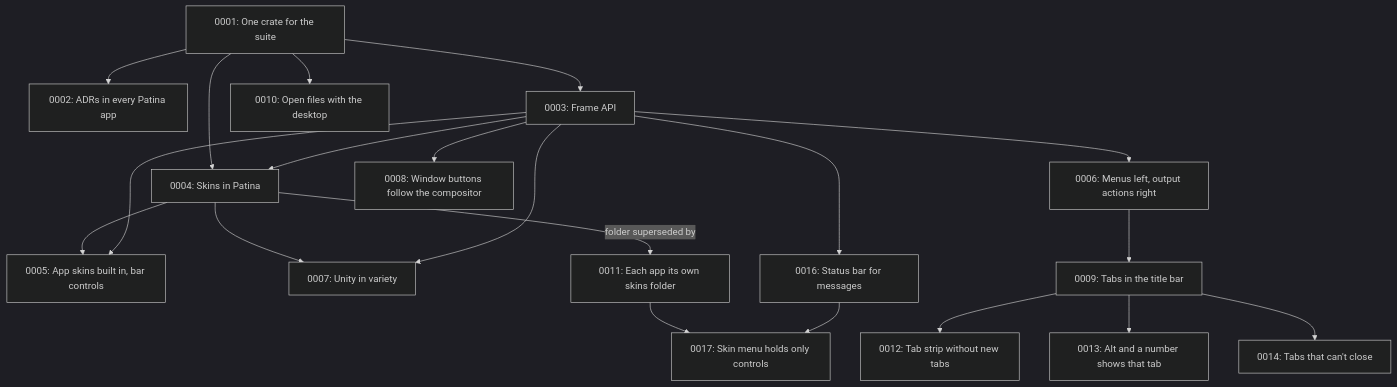
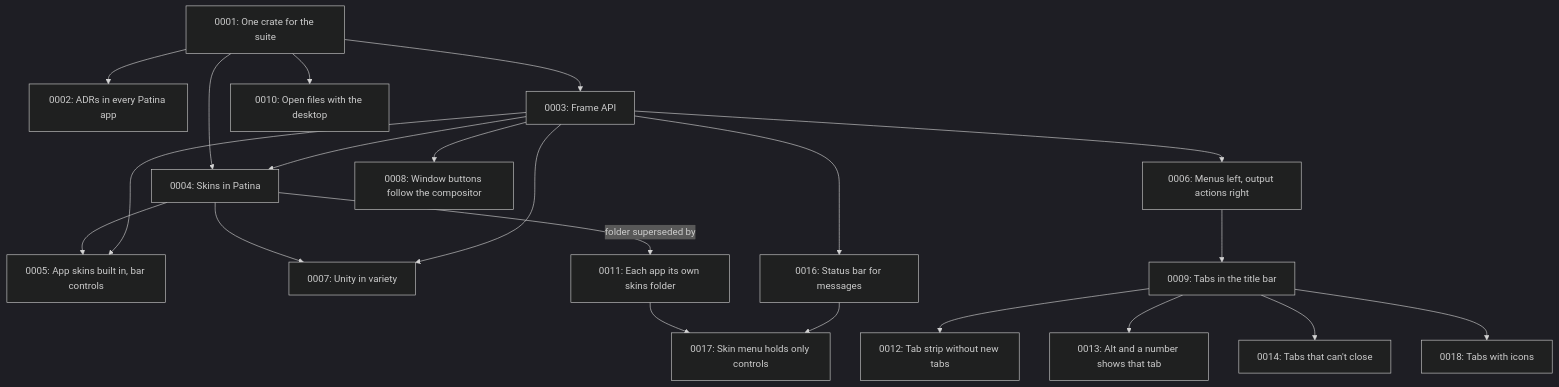
One commit to Sector-F-Labs/patina changed the diagram in docs/adr/README.md. Above: the diagram before and after it, drawn with Mermaid (dark theme). The commit also changed other lines of this file and 2 other files, not shown here.

Commit message:
TabStrip: app icons, with icons only, titles only or both (ADR-0018)

````diff
--- a/docs/adr/README.md
+++ b/docs/adr/README.md
@@ -65,22 +66,23 @@
 ```mermaid
 flowchart TD
     A[0001: One crate for the suite] --> B[0002: ADRs in every Patina app]
     A --> C[0003: Frame API]
     A --> D[0004: Skins in Patina]
     C --> D
     D --> E[0005: App skins built in, bar controls]
     C --> F[0006: Menus left, output actions right]
     C --> E
     D --> G[0007: Unity in variety]
     C --> G
     C --> H[0008: Window buttons follow the compositor]
     F --> I[0009: Tabs in the title bar]
     A --> J[0010: Open files with the desktop]
     D -->|folder superseded by| K[0011: Each app its own skins folder]
     I --> L[0012: Tab strip without new tabs]
     I --> M[0013: Alt and a number shows that tab]
     I --> N[0014: Tabs that can't close]
+    I --> Q[0018: Tabs with icons]
     C --> O[0016: Status bar for messages]
     K --> P[0017: Skin menu holds only controls]
     O --> P
 ```
````
